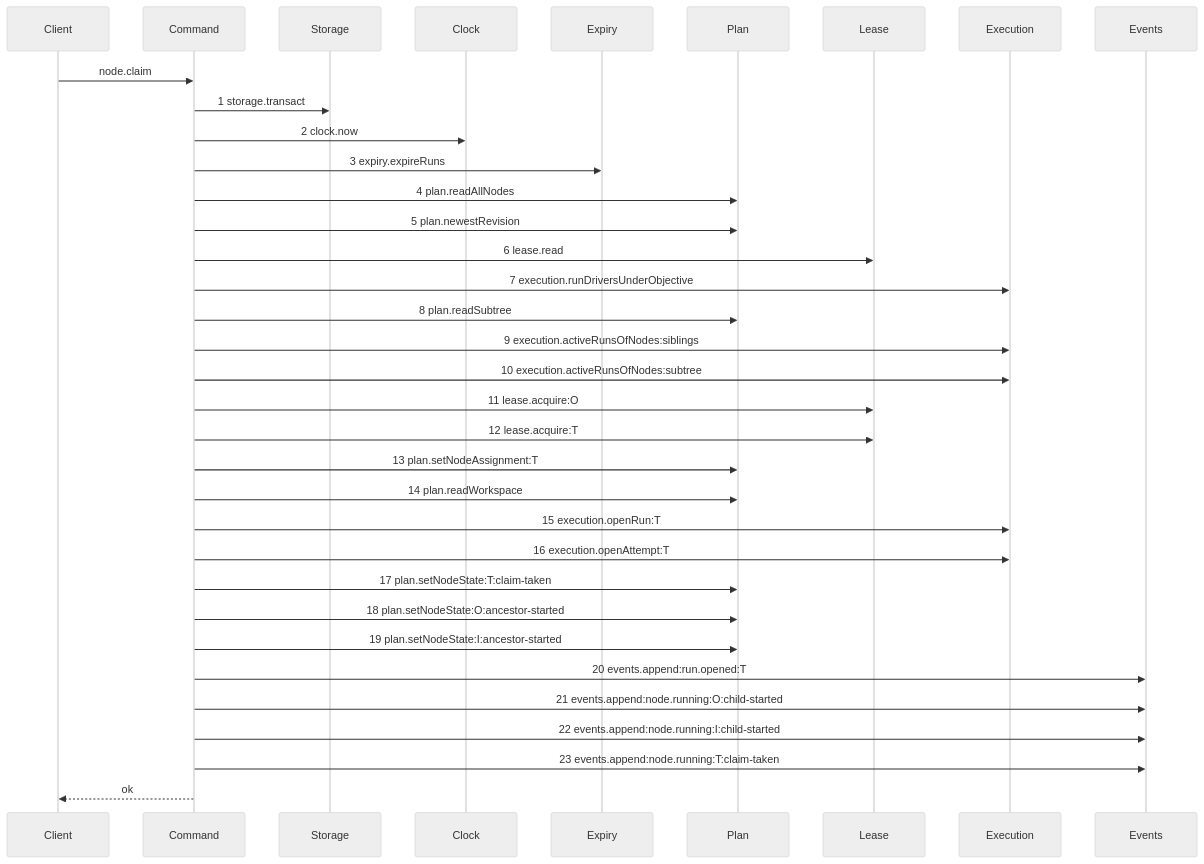
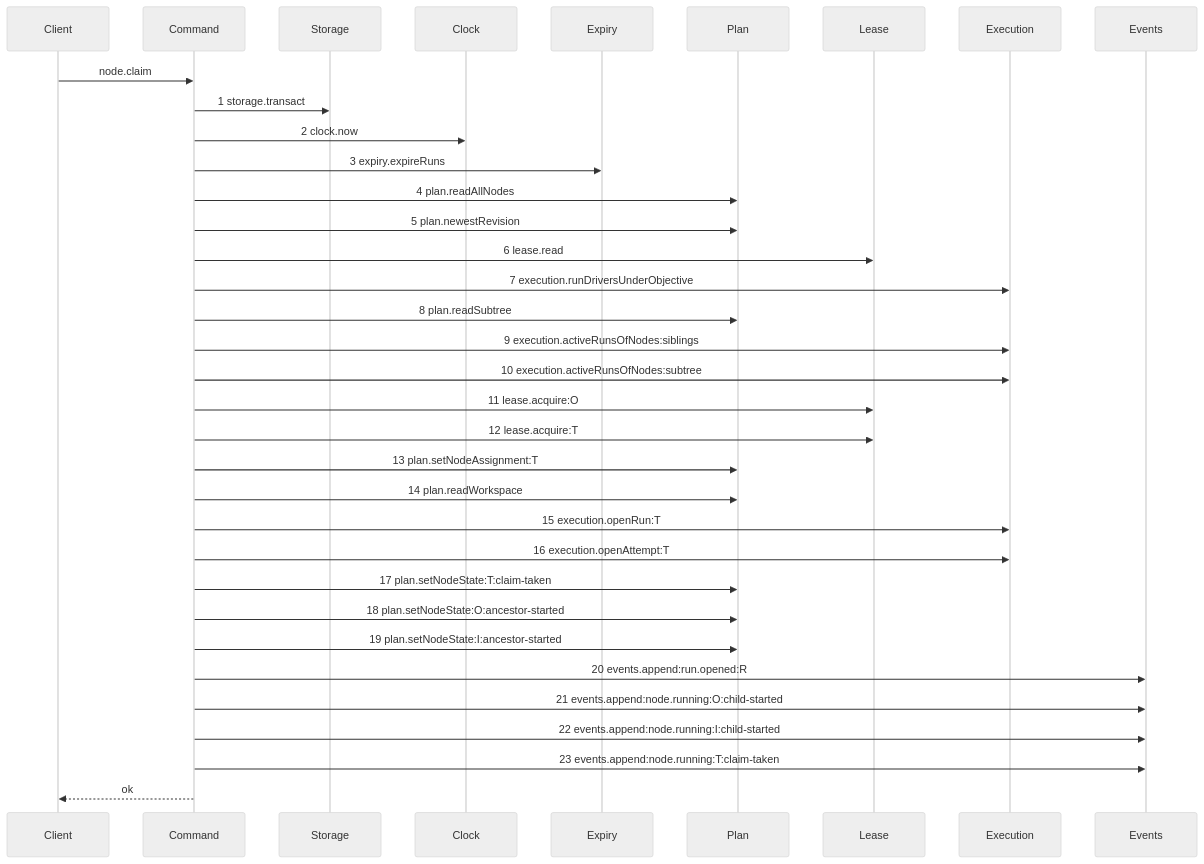
One commit to kanthorlabs/kanthord-engine changed the first of 22 diagrams in .agents/plan/epics/051-the-execution-checkpoint.md. Above: the diagram before and after it, drawn with Mermaid (neutral theme). The commit also changed 113 other files, not shown here.

````diff
--- a/.agents/plan/epics/051-the-execution-checkpoint.md
+++ b/.agents/plan/epics/051-the-execution-checkpoint.md
@@ -193,37 +193,37 @@
 ```mermaid
 sequenceDiagram
     participant Client
     participant Command
     participant Storage
     participant Clock
     participant Expiry
     participant Plan
     participant Lease
     participant Execution
     participant Events
     Client->>Command: node.claim
     Command->>Storage: 1 storage.transact
     Command->>Clock: 2 clock.now
     Command->>Expiry: 3 expiry.expireRuns
     Command->>Plan: 4 plan.readAllNodes
     Command->>Plan: 5 plan.newestRevision
     Command->>Lease: 6 lease.read
     Command->>Execution: 7 execution.runDriversUnderObjective
     Command->>Plan: 8 plan.readSubtree
     Command->>Execution: 9 execution.activeRunsOfNodes:siblings
     Command->>Execution: 10 execution.activeRunsOfNodes:subtree
     Command->>Lease: 11 lease.acquire:O
     Command->>Lease: 12 lease.acquire:T
     Command->>Plan: 13 plan.setNodeAssignment:T
     Command->>Plan: 14 plan.readWorkspace
     Command->>Execution: 15 execution.openRun:T
     Command->>Execution: 16 execution.openAttempt:T
     Command->>Plan: 17 plan.setNodeState:T:claim-taken
     Command->>Plan: 18 plan.setNodeState:O:ancestor-started
     Command->>Plan: 19 plan.setNodeState:I:ancestor-started
-    Command->>Events: 20 events.append:run.opened:T
+    Command->>Events: 20 events.append:run.opened:R
     Command->>Events: 21 events.append:node.running:O:child-started
     Command->>Events: 22 events.append:node.running:I:child-started
     Command->>Events: 23 events.append:node.running:T:claim-taken
     Command-->>Client: ok
 ```
````
